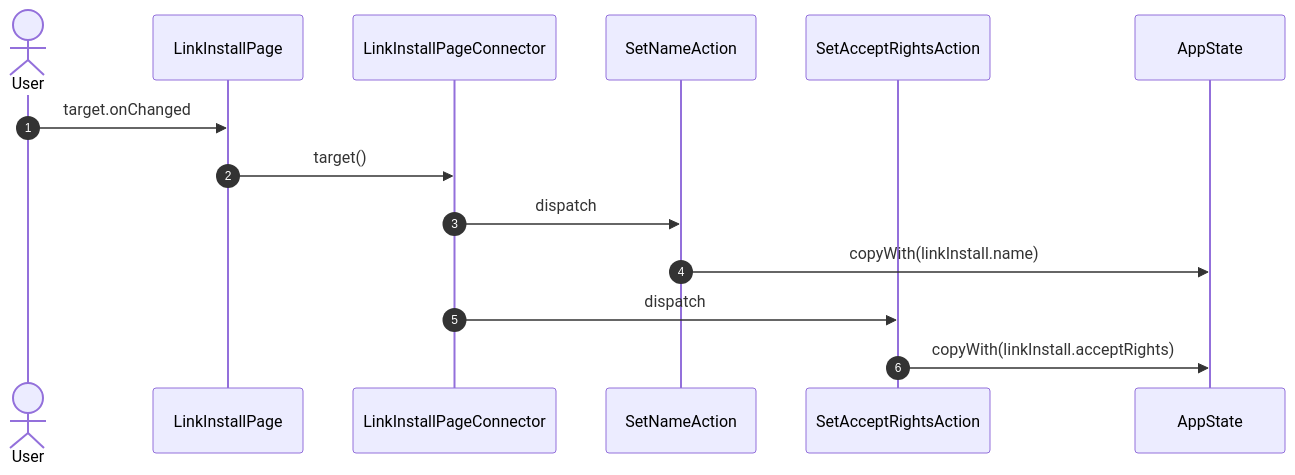
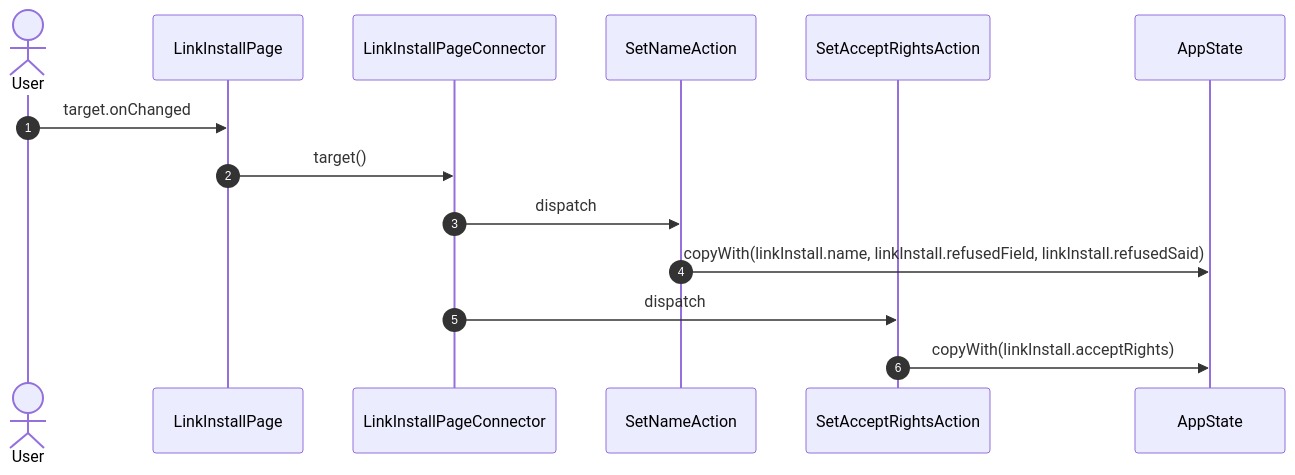
One commit to gencto/wyrm changed the third of 15 diagrams in studio/docs/flows/linkInstall.md. Above: the diagram before and after it, drawn with Mermaid. The commit also changed other lines of this file and 61 other files, not shown here.

````diff
--- a/studio/docs/flows/linkInstall.md
+++ b/studio/docs/flows/linkInstall.md
@@ -49,17 +49,17 @@
 ```mermaid
 sequenceDiagram
     autonumber
     actor User
     participant UI as LinkInstallPage
     participant VM as LinkInstallPageConnector
     participant A1 as SetNameAction
     participant A2 as SetAcceptRightsAction
     participant ST as AppState
 
     User->>UI: target.onChanged
     UI->>VM: target()
     VM->>A1: dispatch
-    A1->>ST: copyWith(linkInstall.name)
+    A1->>ST: copyWith(linkInstall.name, linkInstall.refusedField, linkInstall.refusedSaid)
     VM->>A2: dispatch
     A2->>ST: copyWith(linkInstall.acceptRights)
 ```
````
